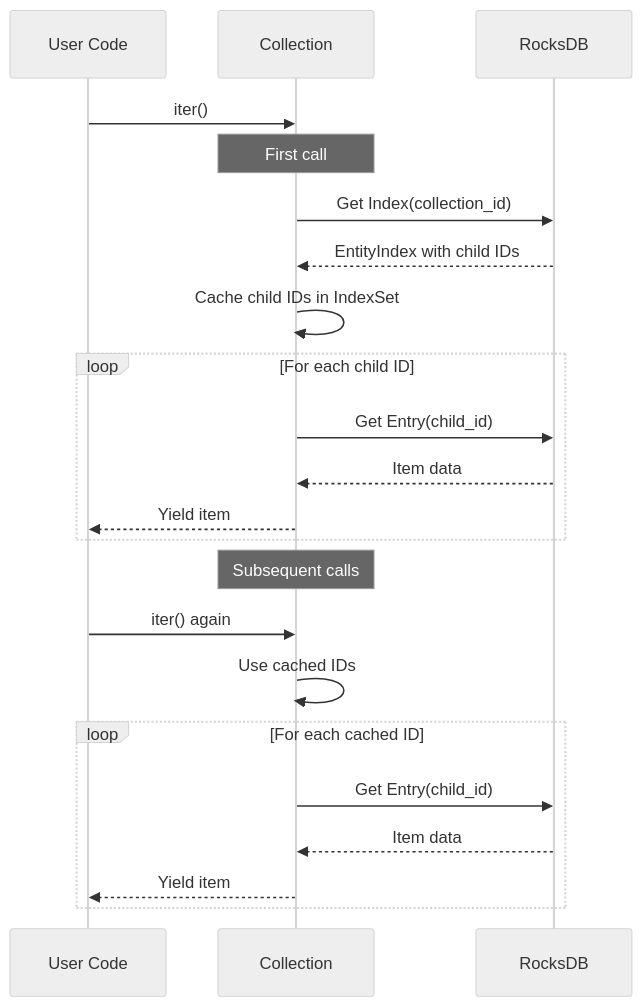
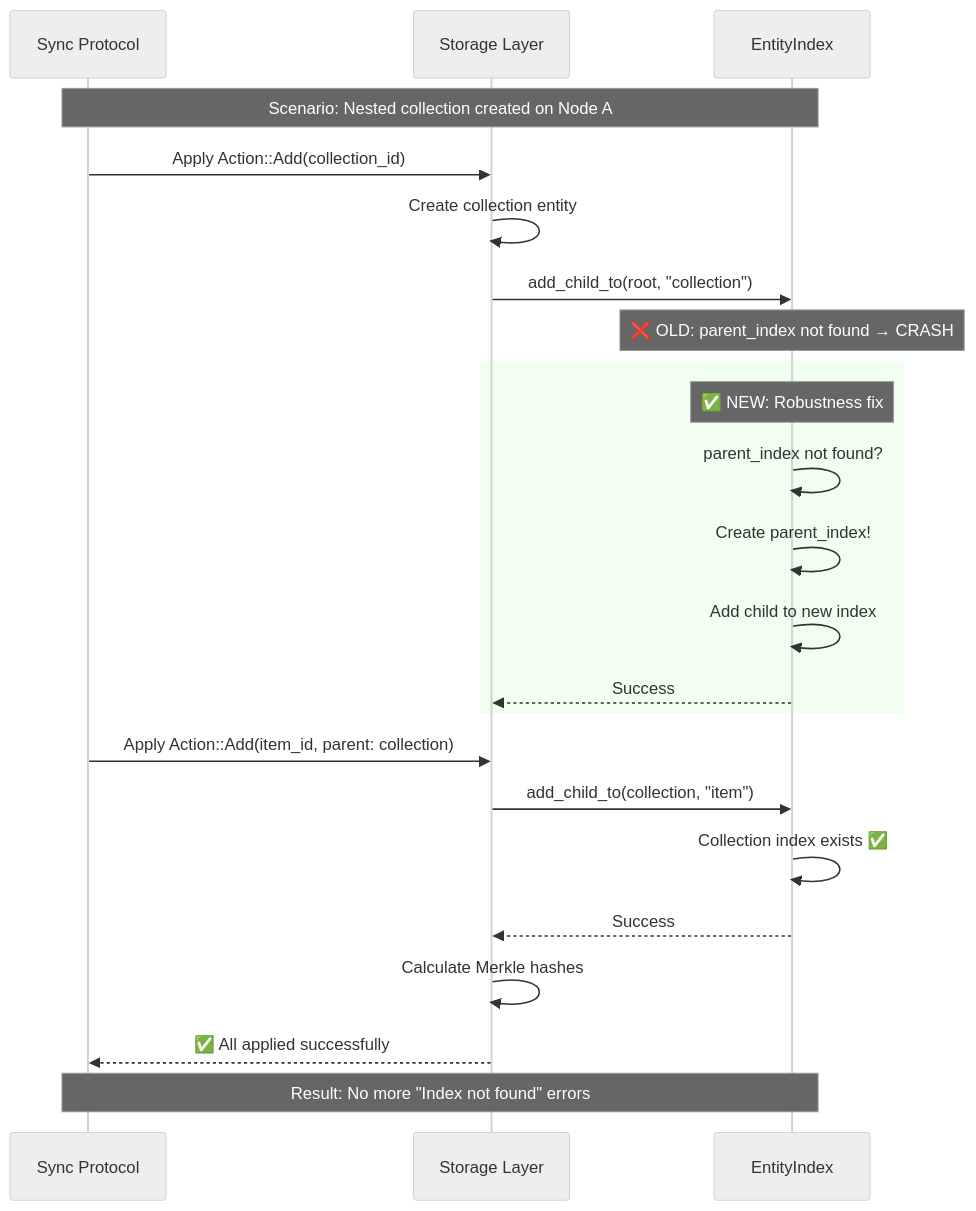
The eighth of 8 diagrams in crates/storage/README.md (calimero-network/core), drawn with Mermaid (neutral theme) before and after one commit. The commit also changed other lines of this file and 155 other files, not shown here.

````diff
--- a/crates/storage/README.md
+++ b/crates/storage/README.md
@@ -462,29 +750,32 @@
 ```mermaid
 sequenceDiagram
-    participant Code as User Code
-    participant Coll as Collection
-    participant DB as RocksDB
+    participant Sync as Sync Protocol
+    participant Storage as Storage Layer
+    participant Index as EntityIndex
     
-    Code->>Coll: iter()
+    Note over Sync,Index: Scenario: Nested collection created on Node A
     
-    Note over Coll: First call
-    Coll->>DB: Get Index(collection_id)
-    DB-->>Coll: EntityIndex with child IDs
-    Coll->>Coll: Cache child IDs in IndexSet
+    Sync->>Storage: Apply Action::Add(collection_id)
+    Storage->>Storage: Create collection entity
+    Storage->>Index: add_child_to(root, "collection")
     
-    loop For each child ID
-        Coll->>DB: Get Entry(child_id)
-        DB-->>Coll: Item data
-        Coll-->>Code: Yield item
+    Note over Index: ❌ OLD: parent_index not found → CRASH
+    
+    rect rgb(240, 255, 240)
+        Note over Index: ✅ NEW: Robustness fix
+        Index->>Index: parent_index not found?
+        Index->>Index: Create parent_index!
+        Index->>Index: Add child to new index
+        Index-->>Storage: Success
     end
     
-    Note over Coll: Subsequent calls
-    Code->>Coll: iter() again
-    Coll->>Coll: Use cached IDs
+    Sync->>Storage: Apply Action::Add(item_id, parent: collection)
+    Storage->>Index: add_child_to(collection, "item")
+    Index->>Index: Collection index exists ✅
+    Index-->>Storage: Success
     
-    loop For each cached ID
-        Coll->>DB: Get Entry(child_id)
-        DB-->>Coll: Item data
-        Coll-->>Code: Yield item
-    end
+    Storage->>Storage: Calculate Merkle hashes
+    Storage-->>Sync: ✅ All applied successfully
+    
+    Note over Sync,Index: Result: No more "Index not found" errors
 ```
````
